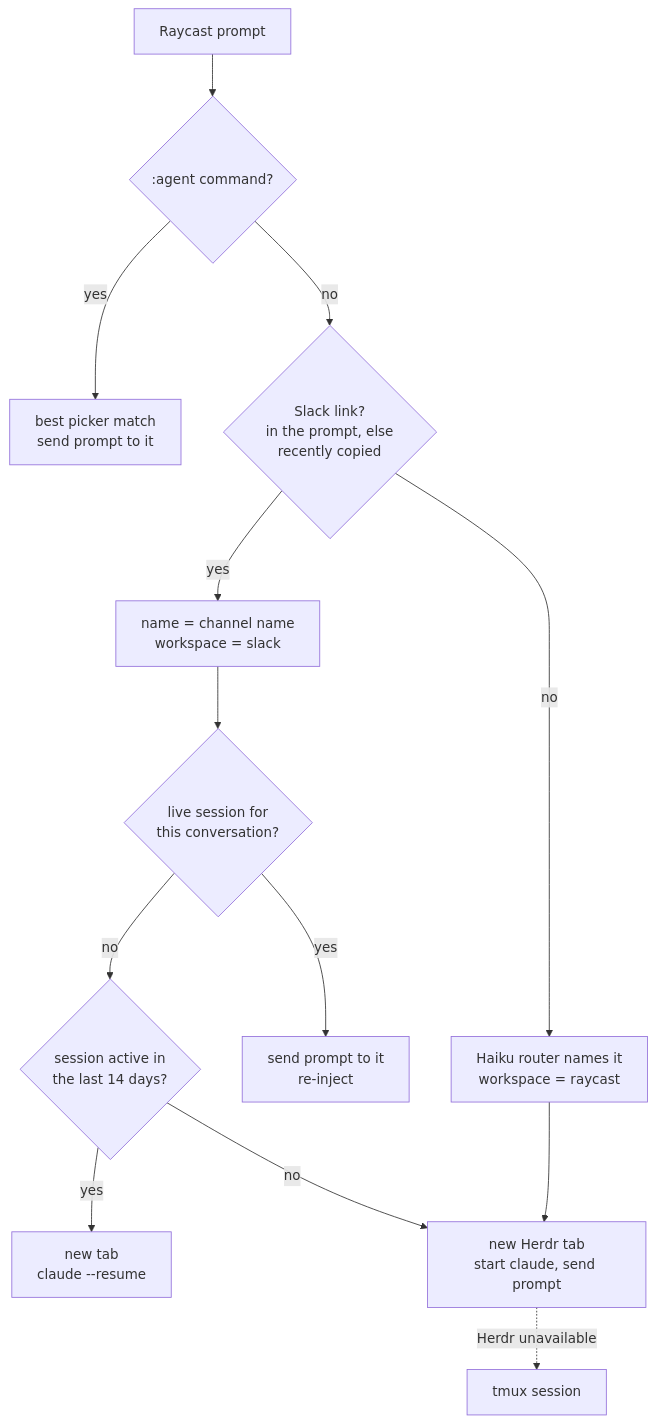
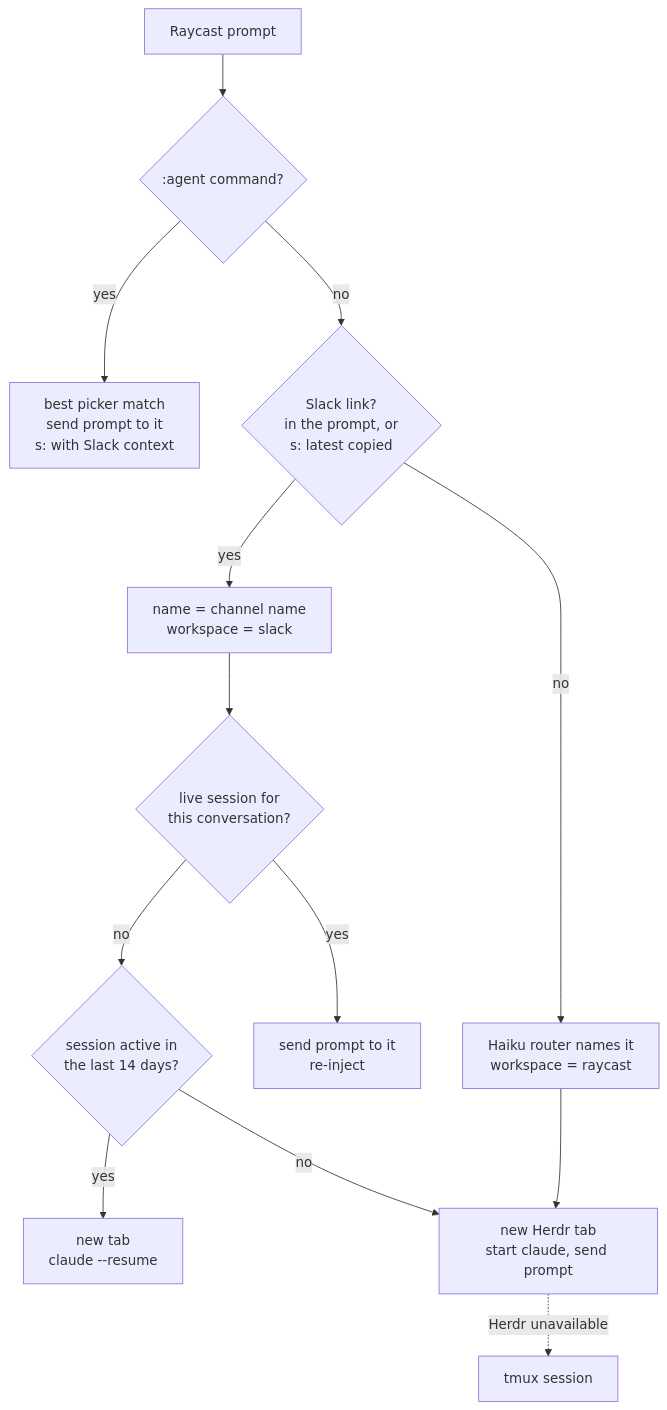
One commit to joshmu/dotfiles changed the diagram in scripts/raygent/README.md. Above: the diagram before and after it, drawn with Mermaid. The commit also changed other lines of this file and 6 other files, not shown here.

First line of the commit message:
feat(raygent): make clipboard Slack link opt-in with the s mod

````diff
--- a/scripts/raygent/README.md
+++ b/scripts/raygent/README.md
@@ -7,15 +13,15 @@
 ```mermaid
 flowchart TD
     P[Raycast prompt] --> C{:agent command?}
-    C -->|yes| A[best picker match<br/>send prompt to it]
-    C -->|no| S{Slack link?<br/>in the prompt, else<br/>recently copied}
+    C -->|yes| A[best picker match<br/>send prompt to it<br/>s: with Slack context]
+    C -->|no| S{Slack link?<br/>in the prompt, or<br/>s: latest copied}
     S -->|yes| L[name = channel name<br/>workspace = slack]
     S -->|no| H[Haiku router names it<br/>workspace = raycast]
     L --> M{live session for<br/>this conversation?}
     M -->|yes| R[send prompt to it<br/>re-inject]
     M -->|no| RS{session active in<br/>the last 14 days?}
     RS -->|yes| RE[new tab<br/>claude --resume]
     RS -->|no| N[new Herdr tab<br/>start claude, send prompt]
     H --> N
     N -.->|Herdr unavailable| T[tmux session]
 ```
````
